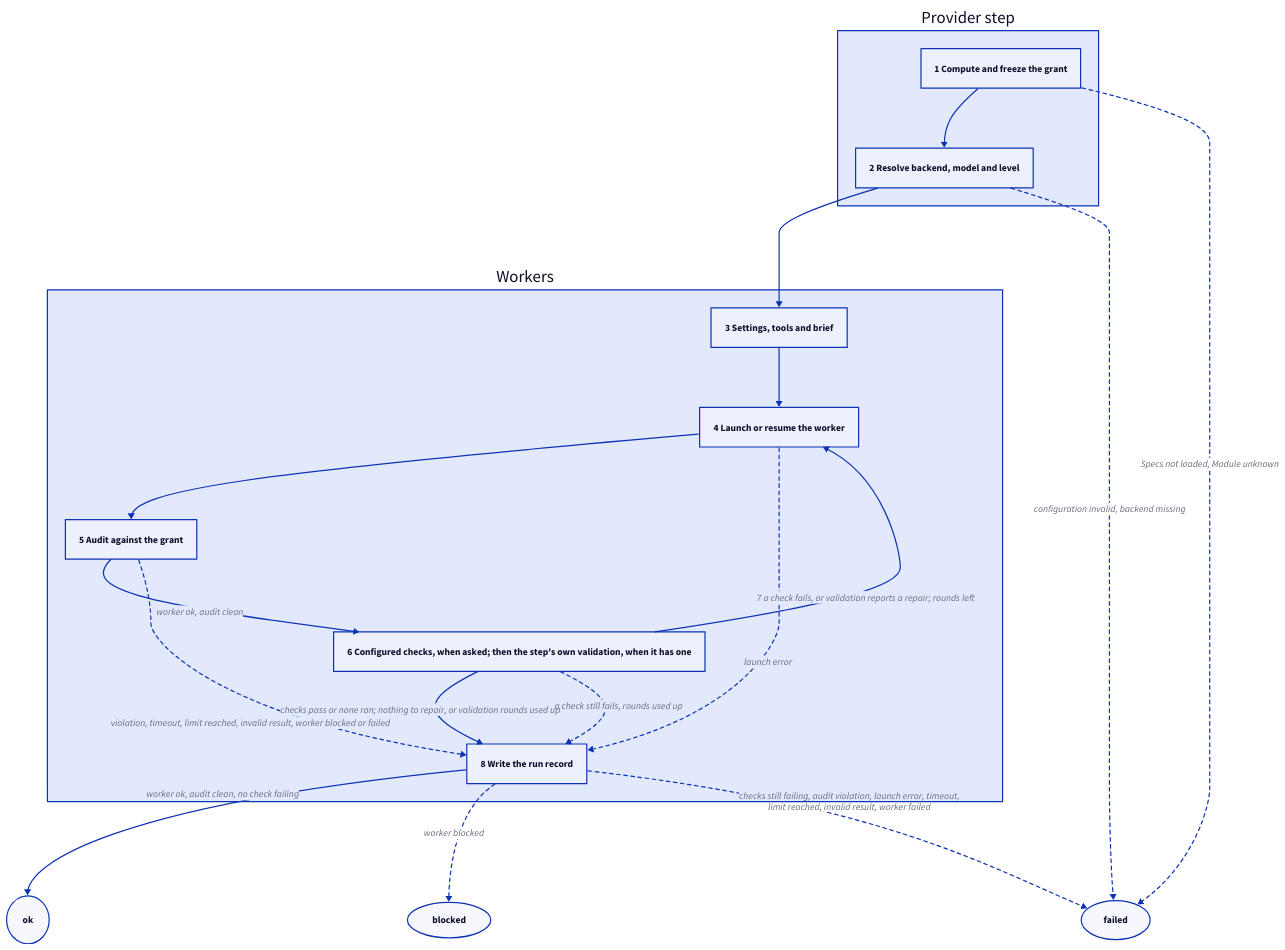
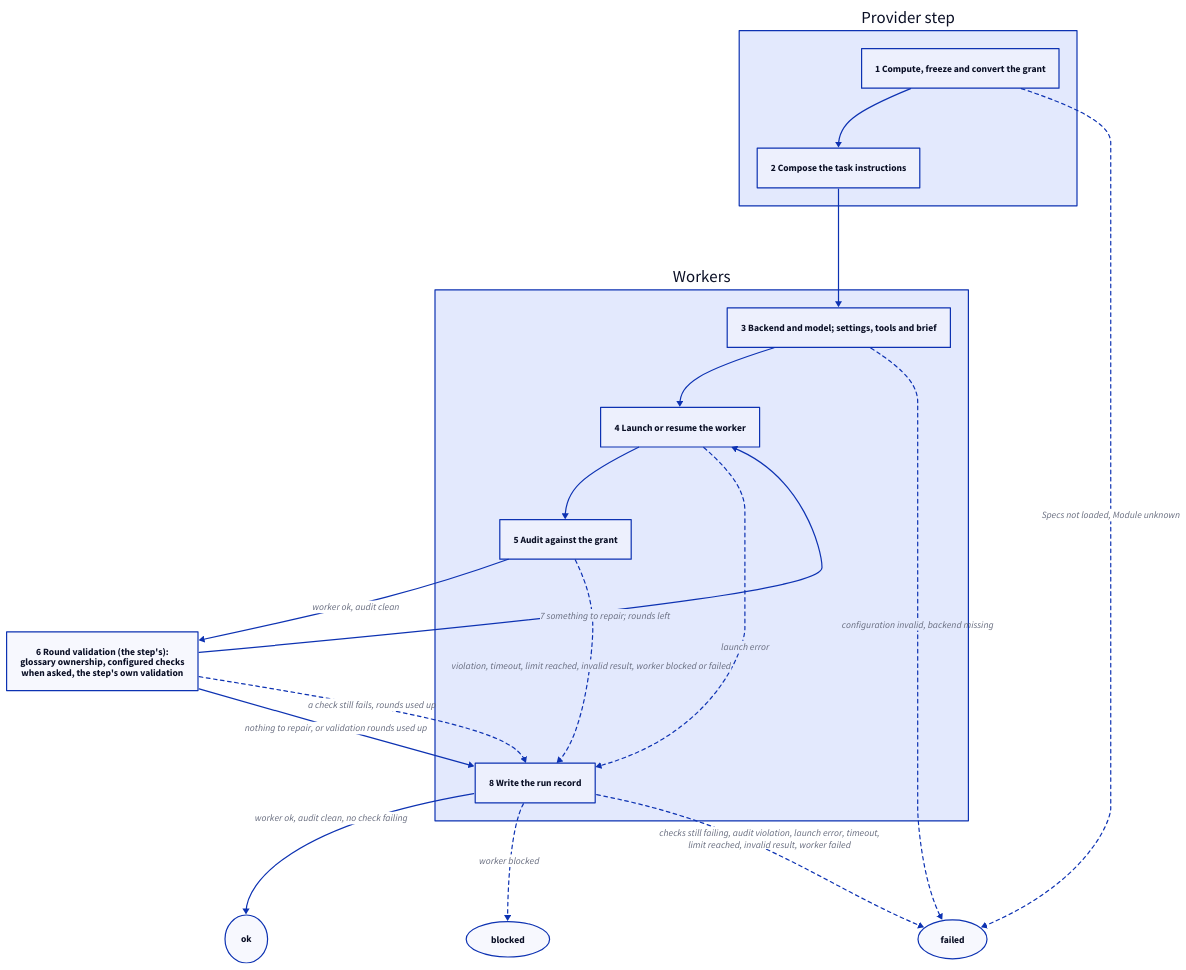
The diagram in specs/concorde/method/workers.md (FTOD/concorde), drawn with D2 before and after one commit. The commit also changed other lines of this file and 109 other files, not shown here.

````diff
--- a/specs/concorde/method/workers.md
+++ b/specs/concorde/method/workers.md
@@ -101,31 +142,31 @@
 ```d2 illustrative
 direction: down
 step: Provider step {
-  grant: 1 Compute and freeze the grant
-  model: 2 Resolve backend, model and level
-  grant -> model
+  grant: 1 Compute, freeze and convert the grant
+  instructions: 2 Compose the task instructions
+  grant -> instructions
 }
 workers: Workers {
-  prepare: 3 Settings, tools and brief
+  prepare: "3 Backend and model; settings, tools and brief"
   launch: 4 Launch or resume the worker
   audit: 5 Audit against the grant
-  checks: "6 Configured checks, when asked; then the step's own validation, when it has one"
   record: 8 Write the run record
   prepare -> launch -> audit
-  audit -> checks: worker ok, audit clean
-  checks -> launch: "7 a check fails, or validation reports a repair; rounds left"
-  checks -> record: "checks pass or none ran; nothing to repair, or validation rounds used up"
-  checks -> record: "a check still fails, rounds used up" {style.stroke-dash: 3}
-  launch -> record: launch error {style.stroke-dash: 3}
-  audit -> record: "violation, timeout, limit reached, invalid result, worker blocked or failed" {style.stroke-dash: 3}
 }
+validation: "6 Round validation (the step's):\nglossary ownership, configured checks\nwhen asked, the step's own validation"
 ok: ok {shape: oval}
 blocked: blocked {shape: oval}
 failed: failed {shape: oval}
-step.model -> workers.prepare
+step.instructions -> workers.prepare
+workers.audit -> validation: worker ok, audit clean
+validation -> workers.launch: "7 something to repair; rounds left"
+validation -> workers.record: "nothing to repair, or validation rounds used up"
+validation -> workers.record: "a check still fails, rounds used up" {style.stroke-dash: 3}
+workers.launch -> workers.record: launch error {style.stroke-dash: 3}
+workers.audit -> workers.record: "violation, timeout, limit reached, invalid result, worker blocked or failed" {style.stroke-dash: 3}
 step.grant -> failed: Specs not loaded, Module unknown {style.stroke-dash: 3}
-step.model -> failed: configuration invalid, backend missing {style.stroke-dash: 3}
+workers.prepare -> failed: configuration invalid, backend missing {style.stroke-dash: 3}
 workers.record -> ok: "worker ok, audit clean, no check failing"
 workers.record -> blocked: worker blocked {style.stroke-dash: 3}
 workers.record -> failed: "checks still failing, audit violation, launch error, timeout,\nlimit reached, invalid result, worker failed" {style.stroke-dash: 3}
 ```
````
